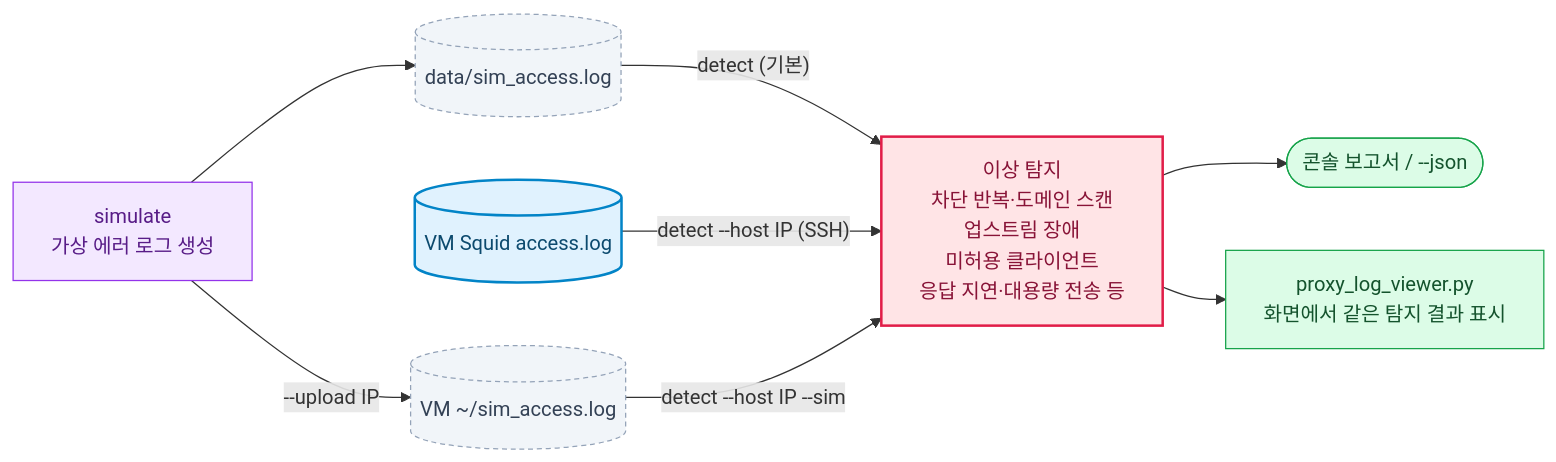
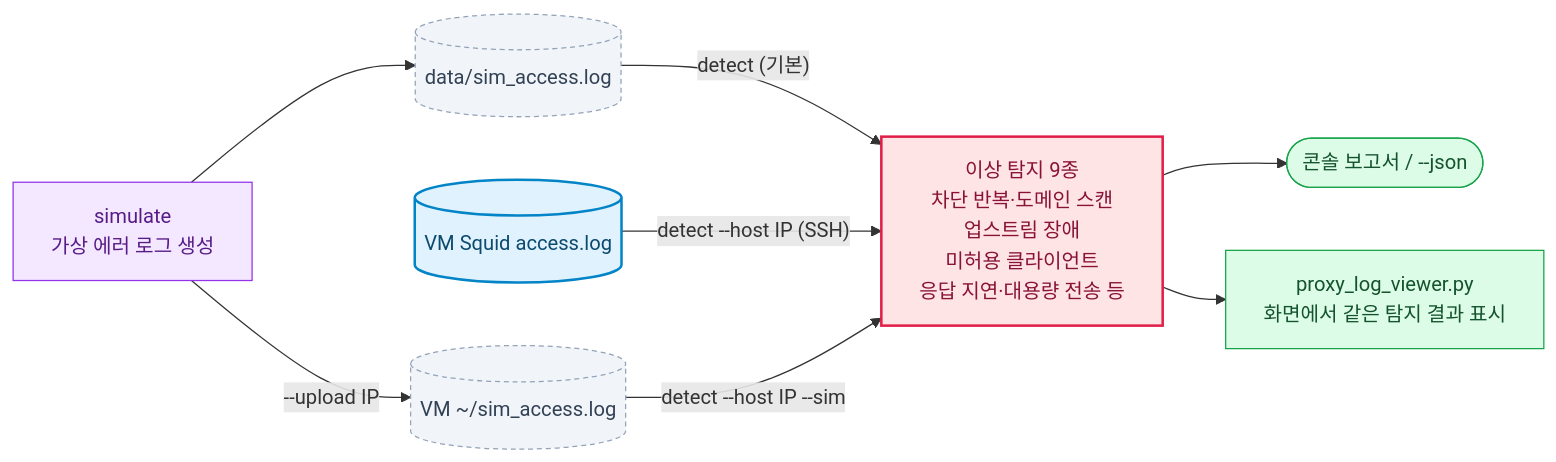
Before and after one commit to pcmola/ai-master: the ninth of 10 diagrams in README.md, drawn with Mermaid. The commit also changed other lines of this file, not shown here.

````diff
--- a/README.md
+++ b/README.md
@@ -1441,22 +1441,22 @@
 ```mermaid
 flowchart LR
     sim["simulate<br/>가상 에러 로그 생성"] --> local[("data/sim_access.log")]
     sim -- "--upload IP" --> vmsim[("VM ~/sim_access.log")]
     real[("VM Squid access.log")]
-    local -- "detect (기본)" --> det["이상 탐지<br/>차단 반복·도메인 스캔<br/>업스트림 장애<br/>미허용 클라이언트<br/>응답 지연·대용량 전송 등"]
+    local -- "detect (기본)" --> det["이상 탐지 9종<br/>차단 반복·도메인 스캔<br/>업스트림 장애<br/>미허용 클라이언트<br/>응답 지연·대용량 전송 등"]
     real -- "detect --host IP (SSH)" --> det
     vmsim -- "detect --host IP --sim" --> det
     det --> report(["콘솔 보고서 / --json"])
     det --> viewer["proxy_log_viewer.py<br/>화면에서 같은 탐지 결과 표시"]
 
     classDef gen fill:#F3E8FF,stroke:#9333EA,color:#581C87
     classDef sim fill:#F1F5F9,stroke:#94A3B8,stroke-dasharray:4 3,color:#334155
     classDef real fill:#E0F2FE,stroke:#0284C7,stroke-width:2px,color:#0C4A6E
     classDef detect fill:#FFE4E6,stroke:#E11D48,stroke-width:2px,color:#881337
     classDef done fill:#DCFCE7,stroke:#16A34A,color:#14532D
     class sim gen
     class local,vmsim sim
     class real real
     class det detect
     class report,viewer done
 ```
````
